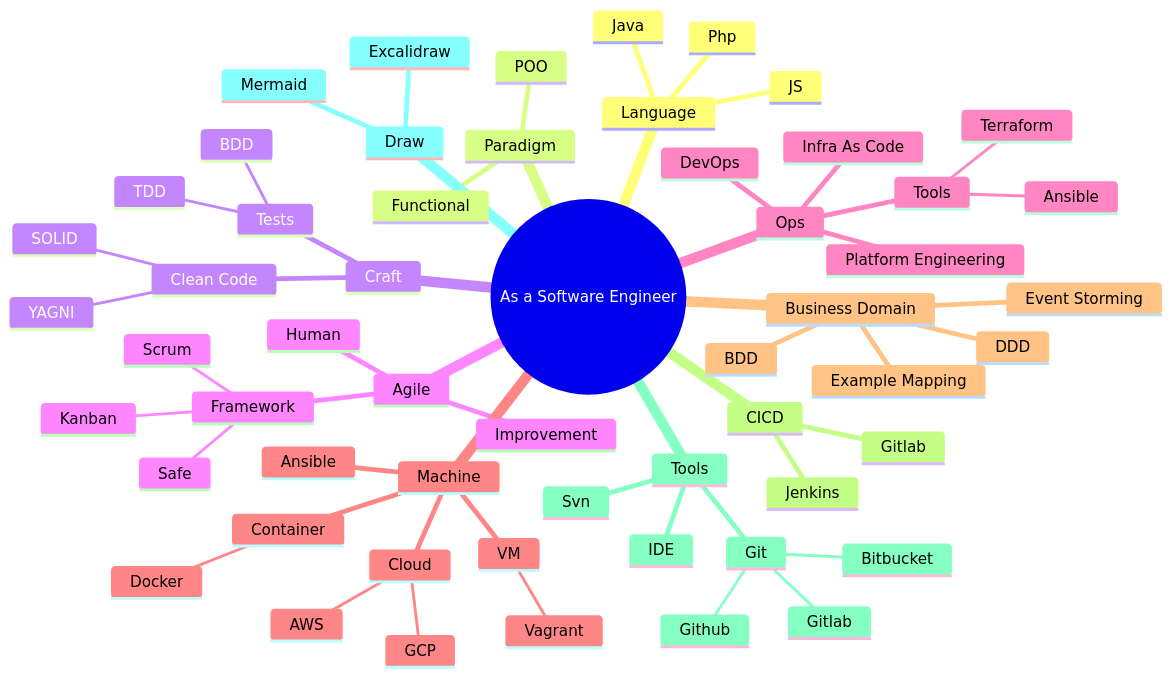
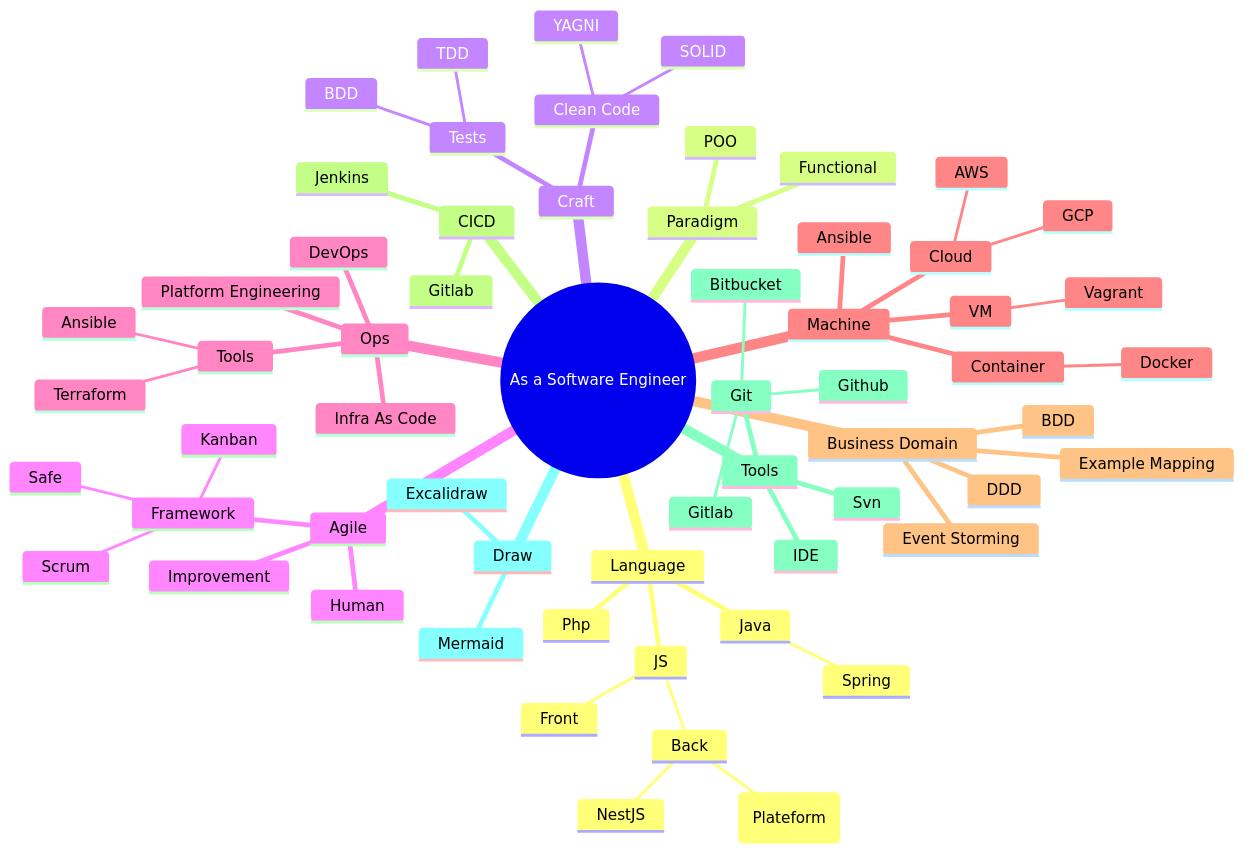
The diagram in README.md (tanguybernard/computer-science-knowledge), drawn with Mermaid before and after one commit.

````diff
--- a/README.md
+++ b/README.md
@@ -6,59 +6,65 @@
 ```mermaid
 mindmap
   root((As a Software Engineer))
     Language
       Php
       JS
+        Front
+        Back
+          NodeJS (Plateform)
+          NestJS
       Java
+        Spring
+        
     Paradigm
       POO
       Functional
     Craft
       Clean Code
         SOLID
         YAGNI
       Tests
         TDD
         BDD
     Agile
       Human
       Improvement
       Framework
         Scrum
         Kanban
         Safe
     Ops
       DevOps
       Infra As Code
       Platform Engineering
       Tools
         Ansible
         Terraform
     Machine
       VM
         Vagrant
       Ansible
       Container
         Docker
       Cloud
         AWS
         GCP
     Business Domain
       DDD
       BDD
       Event Storming
       Example Mapping
     CICD
       Jenkins
       Gitlab
     Tools
       IDE
       Svn
       Git
         Github
         Gitlab
         Bitbucket
     Draw
       Excalidraw
       Mermaid
 ```
````
